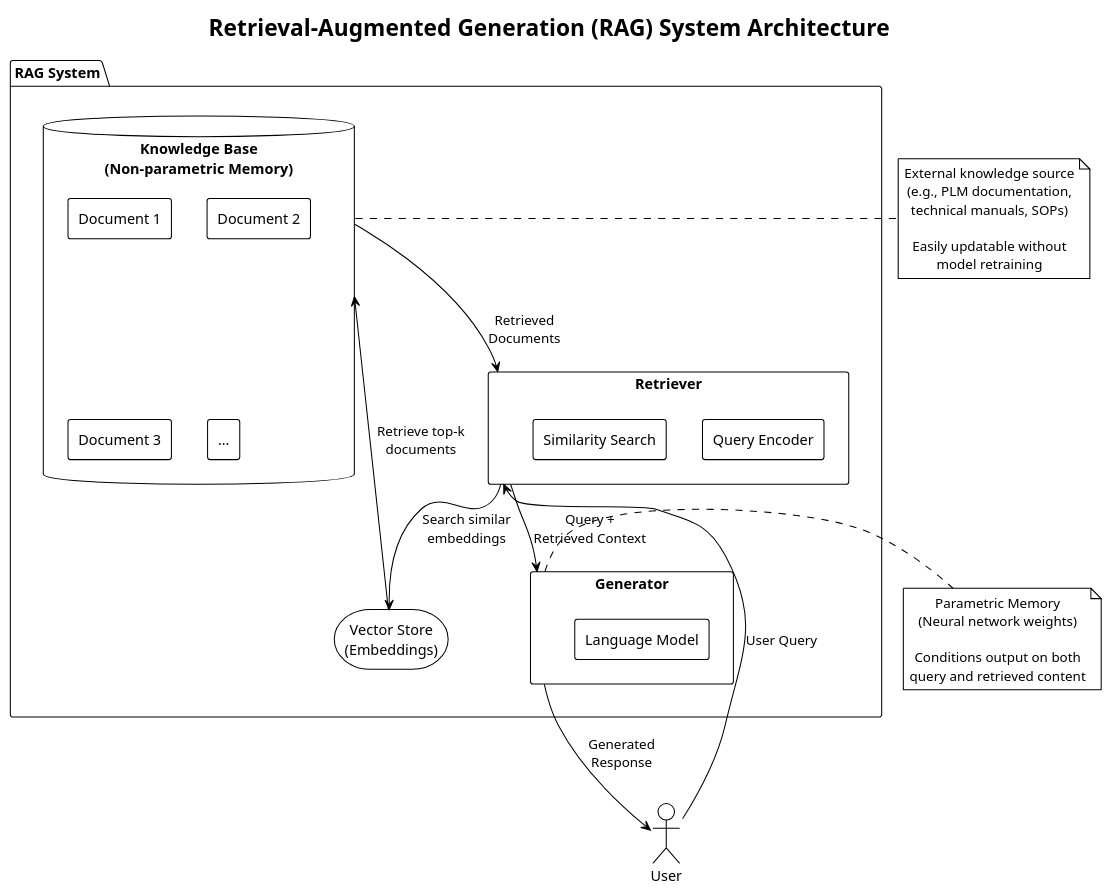
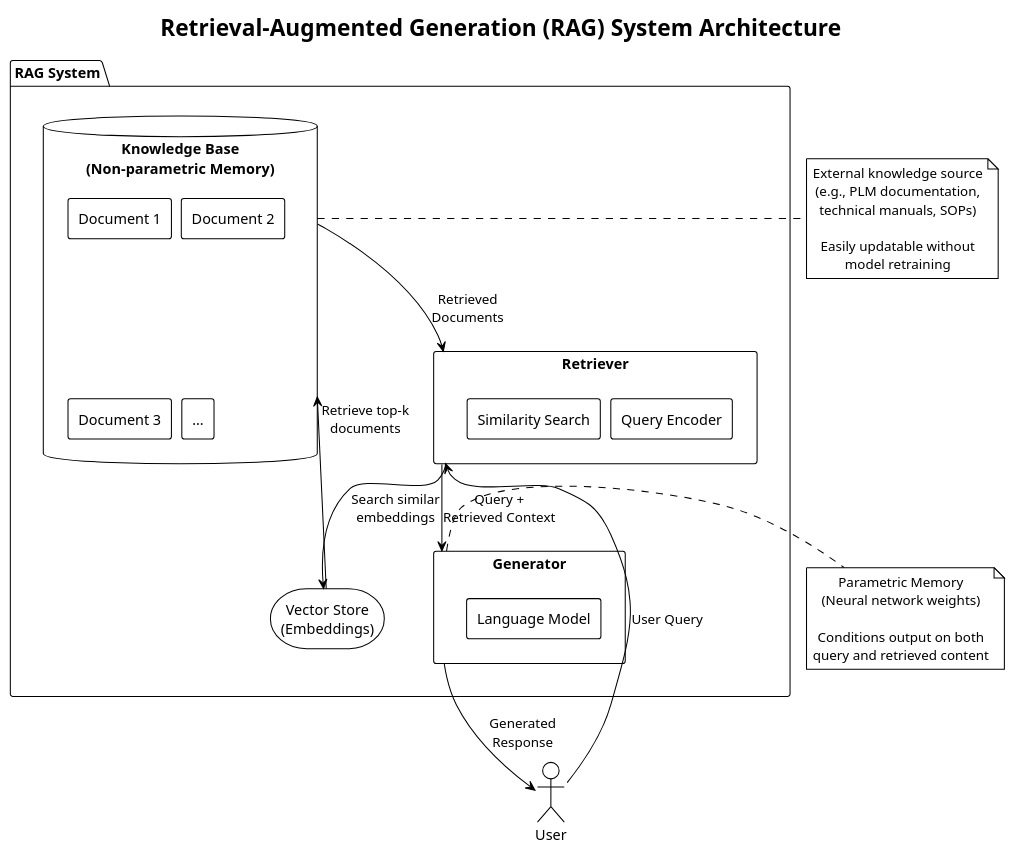
Before and after one commit to 3liasP/msc-thesis: the diagram in diagrams/rag.pu, drawn with PlantUML. The commit also changed 11 other files, not shown here.

Commit message:
draw: update diagrams for better rendering

```diff
--- a/diagrams/rag.pu
+++ b/diagrams/rag.pu
@@ -1,55 +1,57 @@
-@startuml RAG Architecture
+@startuml
 !theme plain
 skinparam defaultTextAlignment center
 skinparam backgroundColor white
 skinparam componentStyle rectangle
+skinparam nodesep 10
+skinparam ranksep 20
 
 title Retrieval-Augmented Generation (RAG) System Architecture
 
 actor User
 
 package "RAG System" {
     component "Retriever" as retriever {
         [Query Encoder]
         [Similarity Search]
     }
     
     component "Generator" as generator {
         [Language Model]
     }
     
     database "Knowledge Base\n(Non-parametric Memory)" as kb {
         [Document 1]
         [Document 2]
         [Document 3]
         [...]
     }
     
     storage "Vector Store\n(Embeddings)" as vectors
 }
 
 User --> retriever : "User Query"
 retriever --> vectors : Search similar\nembeddings
 vectors --> kb : Retrieve top-k\ndocuments
 kb --> retriever : Retrieved\nDocuments
 retriever --> generator : Query +\nRetrieved Context
 generator --> User : Generated\nResponse
 
 note right of kb
   External knowledge source
   (e.g., PLM documentation,
   technical manuals, SOPs)
   
   Easily updatable without
   model retraining
 end note
 
 note right of generator
   Parametric Memory
   (Neural network weights)
   
   Conditions output on both
   query and retrieved content
 end note
 
 @enduml
```
